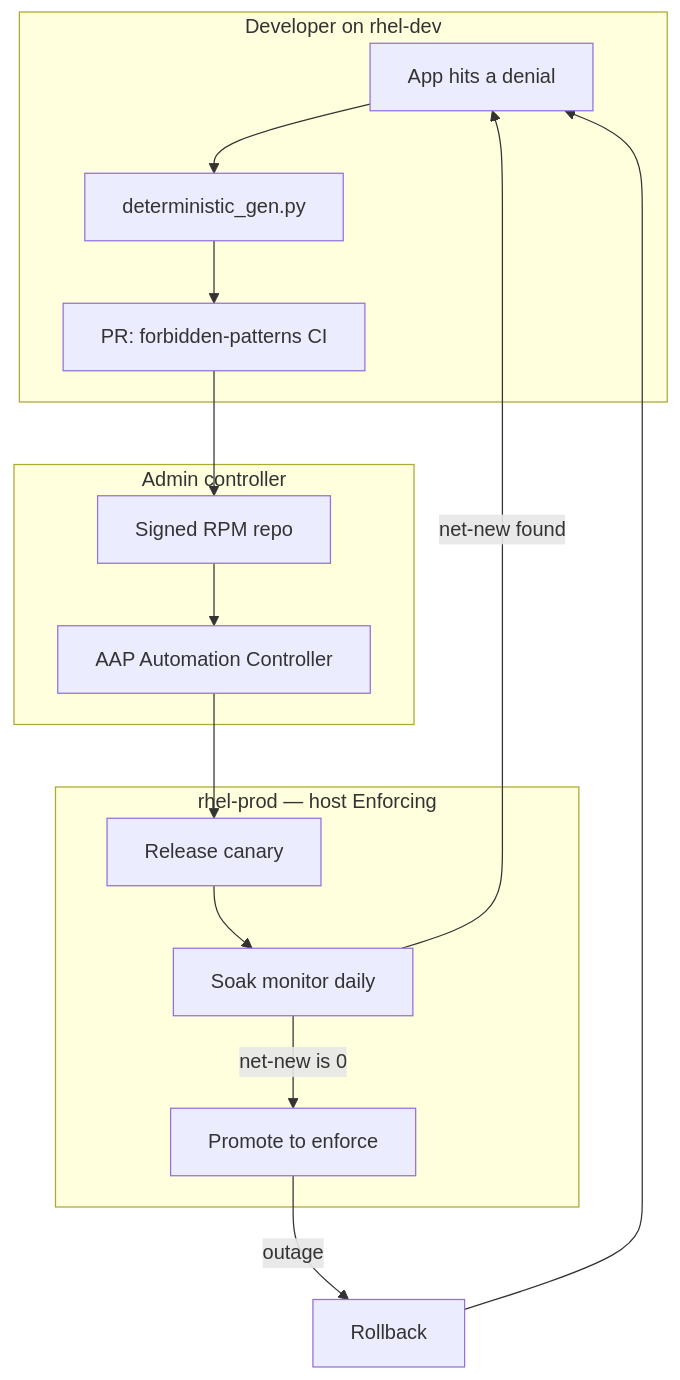
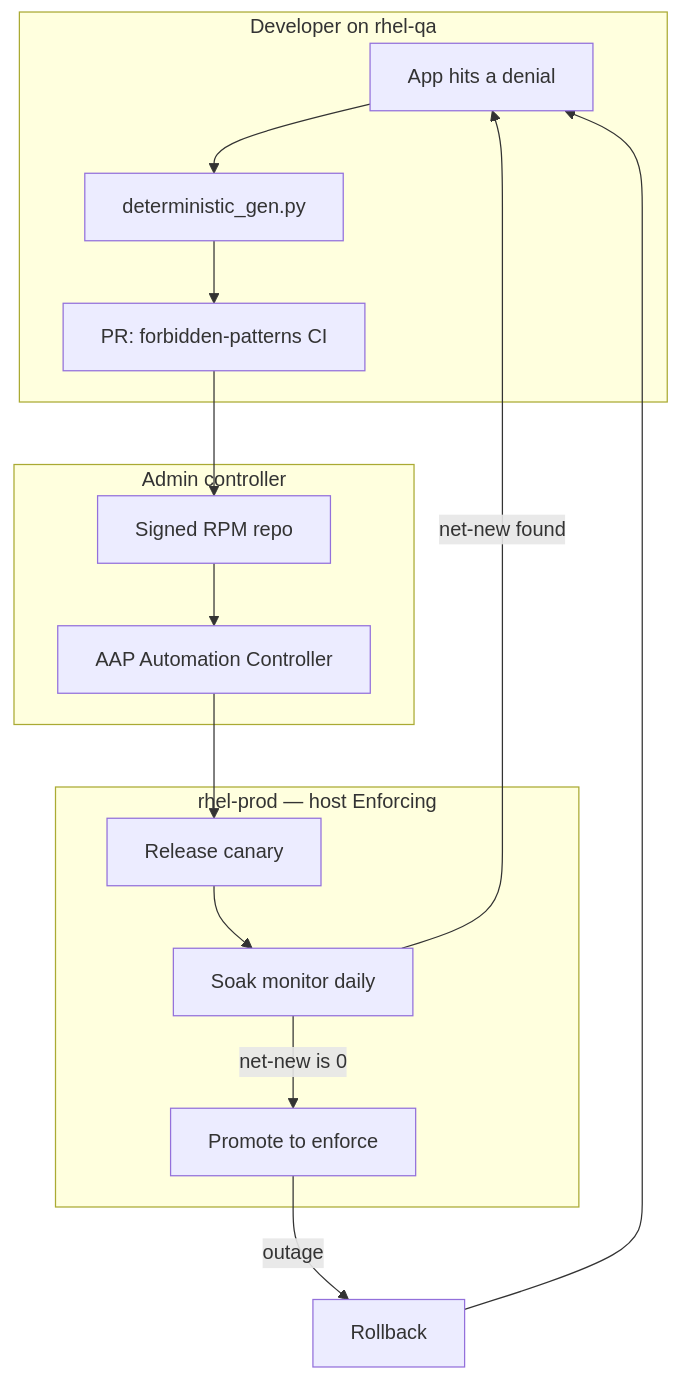
One commit to anurag-saran/selinux-demo changed the diagram in README.md. Above: the diagram before and after it, drawn with Mermaid. The commit also changed other lines of this file and 46 other files, not shown here.

````diff
--- a/README.md
+++ b/README.md
@@ -57,27 +57,27 @@
 ```mermaid
 flowchart TD
-  subgraph developer [Developer on rhel-dev]
+  subgraph developer [Developer on rhel-qa]
     avc[App hits a denial]
     gen[deterministic_gen.py]
     pr[PR: forbidden-patterns CI]
     avc --> gen --> pr
   end
 
   subgraph platform [Admin controller]
     rpm[Signed RPM repo]
     aap[AAP Automation Controller]
     pr --> rpm --> aap
   end
 
   subgraph production [rhel-prod — host Enforcing]
     canary[Release canary]
     soak[Soak monitor daily]
     promote[Promote to enforce]
     aap --> canary --> soak
     soak -->|net-new is 0| promote
     soak -->|net-new found| avc
   end
 
   promote -->|outage| rollback[Rollback]
   rollback --> avc
 ```
````
